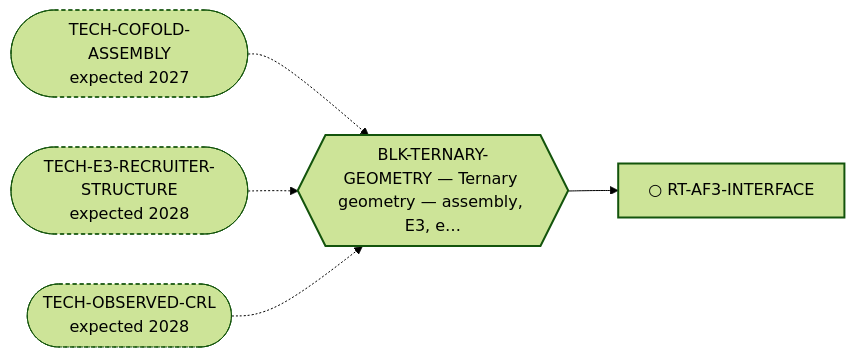
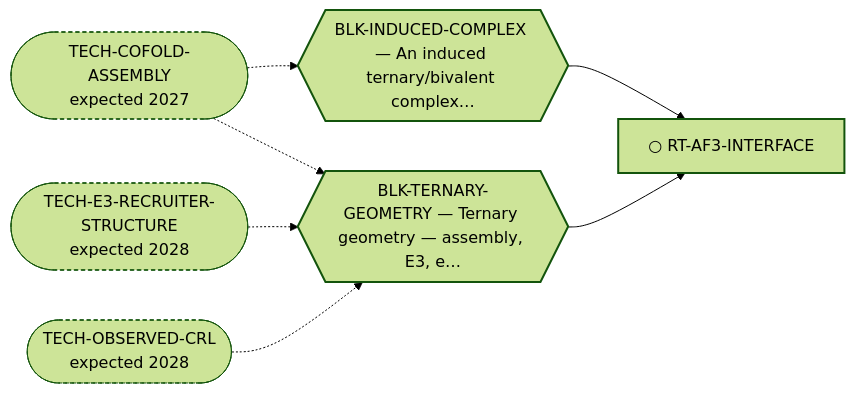
Before and after one commit to trimcrae/Rare-cancers: the diagram in systems/views/L2-rt-af3-interface.md, drawn with Mermaid (forest theme). The commit also changed other lines of this file and 16 other files, not shown here.

````diff
--- a/systems/views/L2-rt-af3-interface.md
+++ b/systems/views/L2-rt-af3-interface.md
@@ -27,16 +27,20 @@
 ```mermaid
 flowchart LR
   RT_AF3_INTERFACE["○ RT-AF3-INTERFACE"]:::fam
+  BLK_INDUCED_COMPLEX{{"BLK-INDUCED-COMPLEX — An induced ternary/bivalent complex…"}}:::blk
+  BLK_INDUCED_COMPLEX --> RT_AF3_INTERFACE
+  TECH_COFOLD_ASSEMBLY(["TECH-COFOLD-ASSEMBLY<br/>expected 2027"]):::tech
+  TECH_COFOLD_ASSEMBLY -.-> BLK_INDUCED_COMPLEX
   BLK_TERNARY_GEOMETRY{{"BLK-TERNARY-GEOMETRY — Ternary geometry — assembly, E3, e…"}}:::blk
   BLK_TERNARY_GEOMETRY --> RT_AF3_INTERFACE
   TECH_COFOLD_ASSEMBLY(["TECH-COFOLD-ASSEMBLY<br/>expected 2027"]):::tech
   TECH_COFOLD_ASSEMBLY -.-> BLK_TERNARY_GEOMETRY
   TECH_E3_RECRUITER_STRUCTURE(["TECH-E3-RECRUITER-STRUCTURE<br/>expected 2028"]):::tech
   TECH_E3_RECRUITER_STRUCTURE -.-> BLK_TERNARY_GEOMETRY
   TECH_OBSERVED_CRL(["TECH-OBSERVED-CRL<br/>expected 2028"]):::tech
   TECH_OBSERVED_CRL -.-> BLK_TERNARY_GEOMETRY
   classDef fam stroke-width:2px;
   classDef blk stroke-width:2px;
   classDef perm stroke-width:4px;
   classDef tech stroke-width:1px,stroke-dasharray:4 3;
 ```
````
